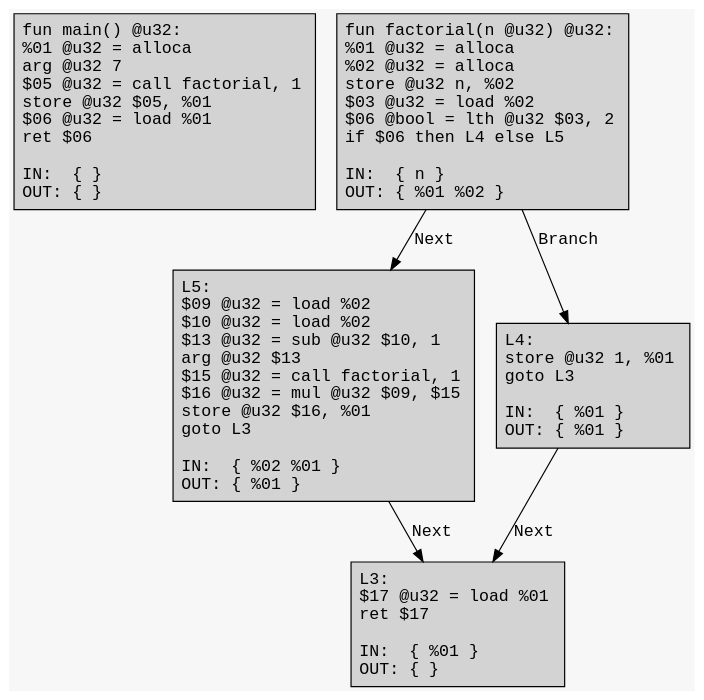
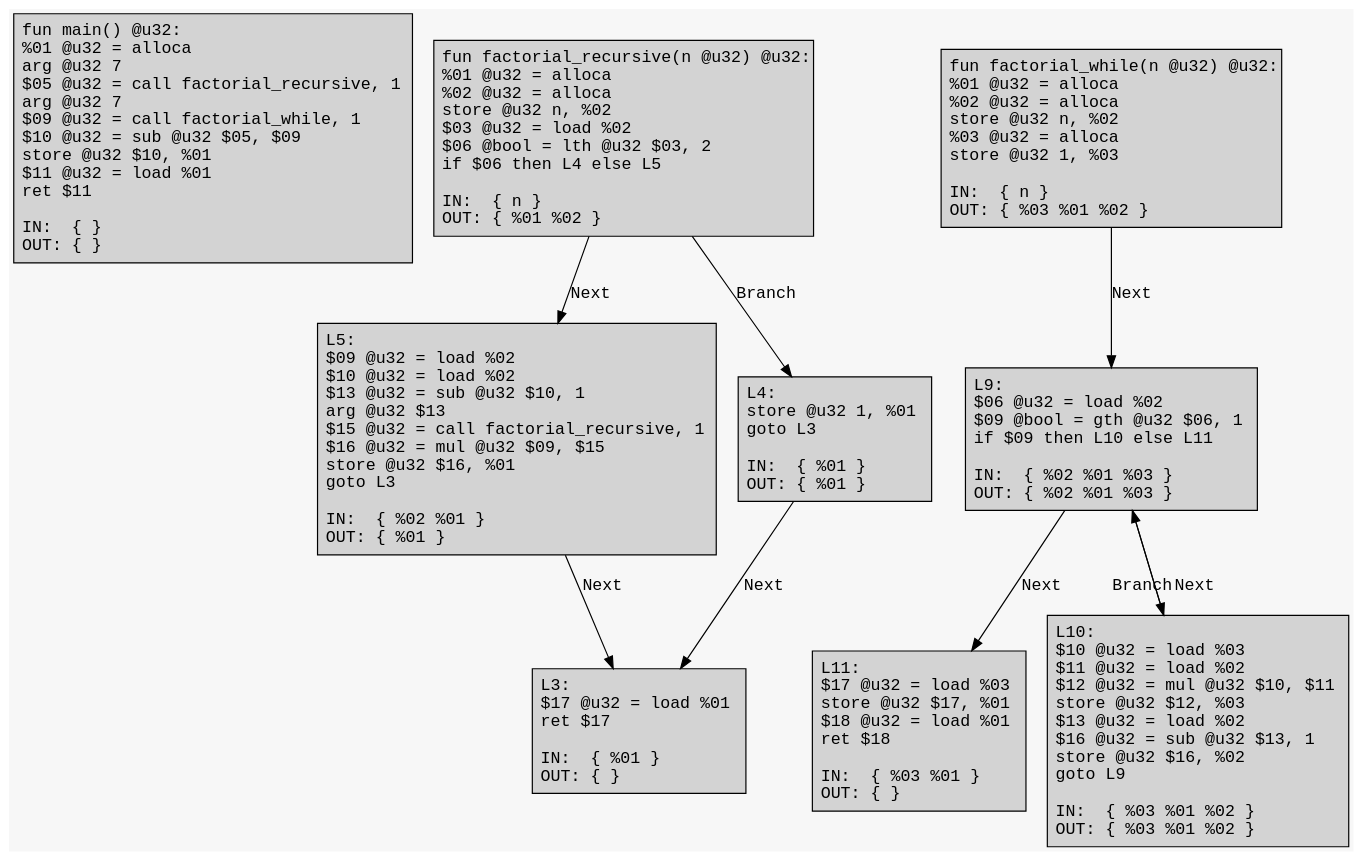
One commit to ArkoiSystems/arkoi_language changed the diagram in example/factorial/factorial.dot. Above: the diagram before and after it, drawn with Graphviz. The commit also changed 4 other files, not shown here.

```diff
--- a/example/factorial/factorial.dot
+++ b/example/factorial/factorial.dot
@@ -1,17 +1,25 @@
 digraph CFG {
 	graph [fontname = "Monospace"];
 	node  [fontname = "Monospace", shape=box, style=filled, margin=0.1];
 	edge  [fontname = "Monospace"];
 	bgcolor = "#f7f7f7";
 	splines = false;
 
-	L0 [label="fun main() @u32:\l %01 @u32 = alloca\l arg @u32 7\l $05 @u32 = call factorial, 1\l store @u32 $05, %01\l $06 @u32 = load %01\l ret $06\l\lIN:  { }\lOUT: { }\l"];
-	L2 [label="fun factorial(n @u32) @u32:\l %01 @u32 = alloca\l %02 @u32 = alloca\l store @u32 n, %02\l $03 @u32 = load %02\l $06 @bool = lth @u32 $03, 2\l if $06 then L4 else L5\l\lIN:  { n }\lOUT: { %01 %02 }\l"];
+	L0 [label="fun main() @u32:\l %01 @u32 = alloca\l arg @u32 7\l $05 @u32 = call factorial_recursive, 1\l arg @u32 7\l $09 @u32 = call factorial_while, 1\l $10 @u32 = sub @u32 $05, $09\l store @u32 $10, %01\l $11 @u32 = load %01\l ret $11\l\lIN:  { }\lOUT: { }\l"];
+	L2 [label="fun factorial_recursive(n @u32) @u32:\l %01 @u32 = alloca\l %02 @u32 = alloca\l store @u32 n, %02\l $03 @u32 = load %02\l $06 @bool = lth @u32 $03, 2\l if $06 then L4 else L5\l\lIN:  { n }\lOUT: { %01 %02 }\l"];
 	L2 -> L5 [label="Next"];
 	L2 -> L4 [label="Branch"];
-	L5 [label="L5:\l $09 @u32 = load %02\l $10 @u32 = load %02\l $13 @u32 = sub @u32 $10, 1\l arg @u32 $13\l $15 @u32 = call factorial, 1\l $16 @u32 = mul @u32 $09, $15\l store @u32 $16, %01\l goto L3\l\lIN:  { %02 %01 }\lOUT: { %01 }\l"];
+	L5 [label="L5:\l $09 @u32 = load %02\l $10 @u32 = load %02\l $13 @u32 = sub @u32 $10, 1\l arg @u32 $13\l $15 @u32 = call factorial_recursive, 1\l $16 @u32 = mul @u32 $09, $15\l store @u32 $16, %01\l goto L3\l\lIN:  { %02 %01 }\lOUT: { %01 }\l"];
 	L5 -> L3 [label="Next"];
 	L4 [label="L4:\l store @u32 1, %01\l goto L3\l\lIN:  { %01 }\lOUT: { %01 }\l"];
 	L4 -> L3 [label="Next"];
 	L3 [label="L3:\l $17 @u32 = load %01\l ret $17\l\lIN:  { %01 }\lOUT: { }\l"];
+	L7 [label="fun factorial_while(n @u32) @u32:\l %01 @u32 = alloca\l %02 @u32 = alloca\l store @u32 n, %02\l %03 @u32 = alloca\l store @u32 1, %03\l\lIN:  { n }\lOUT: { %03 %01 %02 }\l"];
+	L7 -> L9 [label="Next"];
+	L9 [label="L9:\l $06 @u32 = load %02\l $09 @bool = gth @u32 $06, 1\l if $09 then L10 else L11\l\lIN:  { %02 %01 %03 }\lOUT: { %02 %01 %03 }\l"];
+	L9 -> L11 [label="Next"];
+	L9 -> L10 [label="Branch"];
+	L10 [label="L10:\l $10 @u32 = load %03\l $11 @u32 = load %02\l $12 @u32 = mul @u32 $10, $11\l store @u32 $12, %03\l $13 @u32 = load %02\l $16 @u32 = sub @u32 $13, 1\l store @u32 $16, %02\l goto L9\l\lIN:  { %03 %01 %02 }\lOUT: { %03 %01 %02 }\l"];
+	L10 -> L9 [label="Next"];
+	L11 [label="L11:\l $17 @u32 = load %03\l store @u32 $17, %01\l $18 @u32 = load %01\l ret $18\l\lIN:  { %03 %01 }\lOUT: { }\l"];
 }
```
